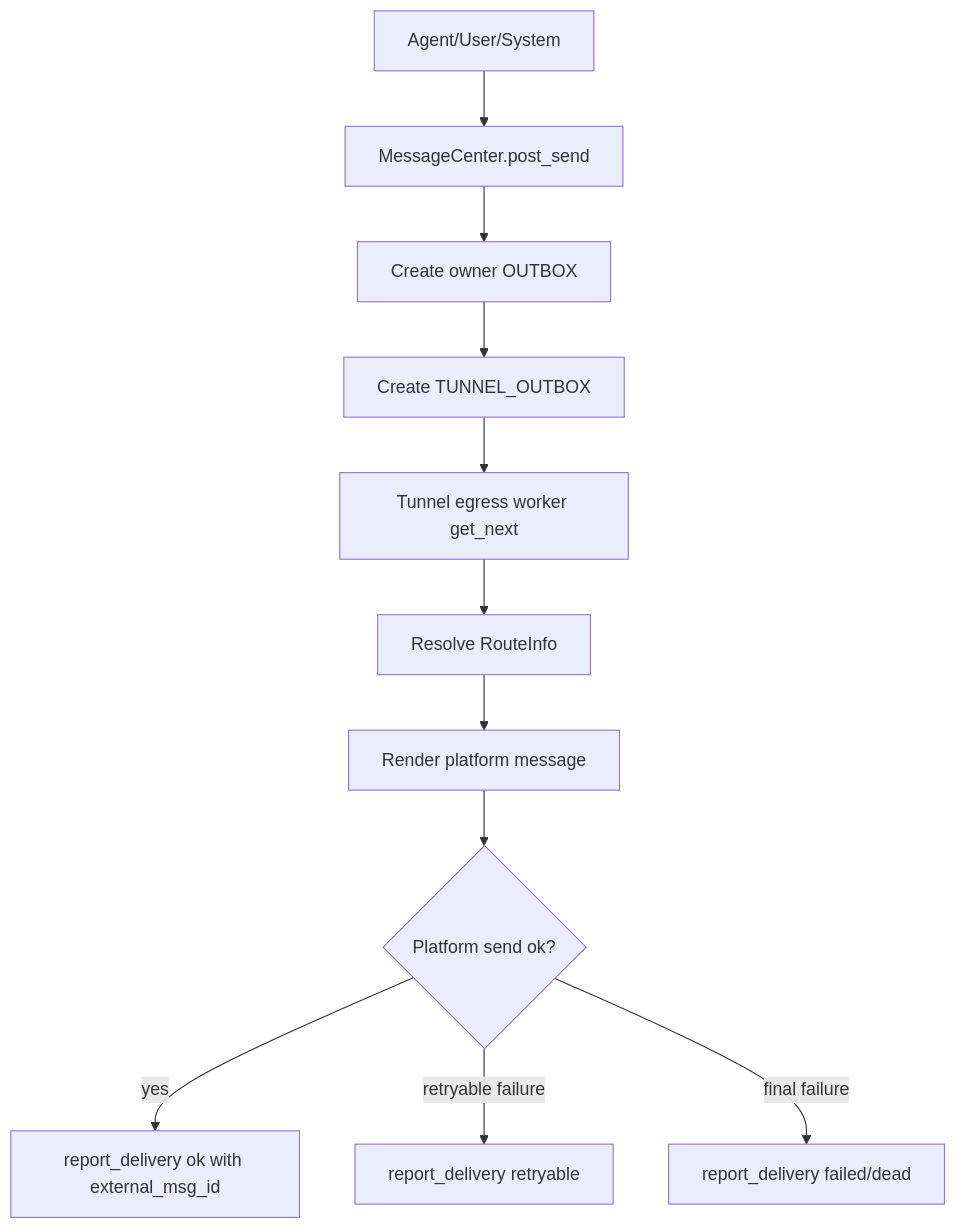
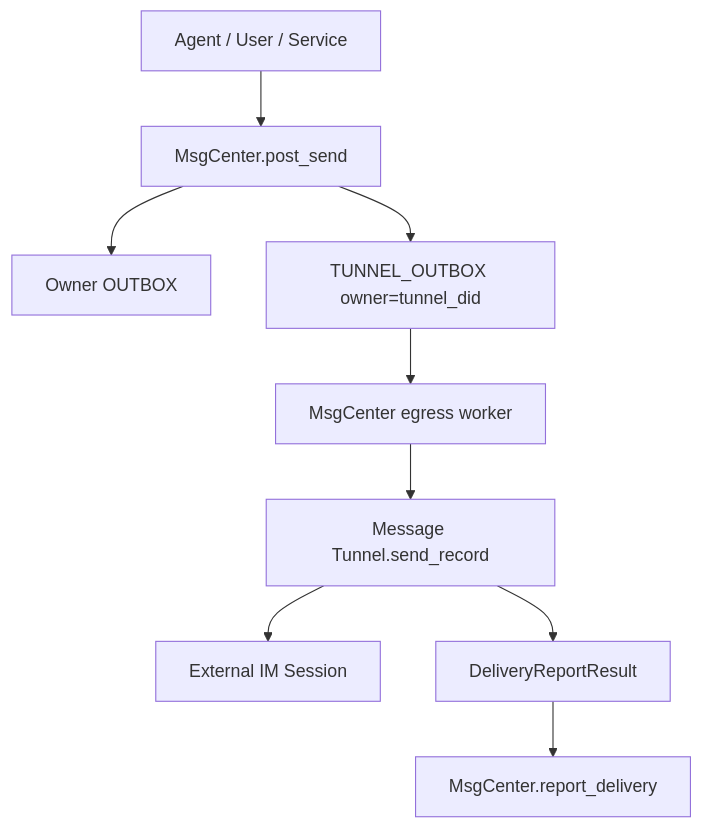
Before and after one commit to wugren/buckyos: the second of 2 diagrams in doc/message_hub/Message Tunnel Minimal Spec.md, drawn with Mermaid. The commit also changed other lines of this file and 1 other file, not shown here.

Commit message:
docs: define complete message tunnel design

````diff
--- a/doc/message_hub/Message Tunnel Minimal Spec.md
+++ b/doc/message_hub/Message Tunnel Minimal Spec.md
@@ -205,13 +170,11 @@
 ```mermaid
 flowchart TD
-    A[Agent/User/System] --> B[MessageCenter.post_send]
-    B --> C[Create owner OUTBOX]
-    C --> D[Create TUNNEL_OUTBOX]
-    D --> E[Tunnel egress worker get_next]
-    E --> F[Resolve RouteInfo]
-    F --> G[Render platform message]
-    G --> H{Platform send ok?}
-    H -- yes --> I[report_delivery ok with external_msg_id]
-    H -- retryable failure --> J[report_delivery retryable]
-    H -- final failure --> K[report_delivery failed/dead]
+    A[Agent / User / Service] --> P[MsgCenter.post_send]
+    P --> O[Owner OUTBOX]
+    P --> TQ[TUNNEL_OUTBOX owner=tunnel_did]
+    TQ --> W[MsgCenter egress worker]
+    W --> T[Message Tunnel.send_record]
+    T --> IM[External IM Session]
+    T --> R[DeliveryReportResult]
+    R --> D[MsgCenter.report_delivery]
 ```
````
